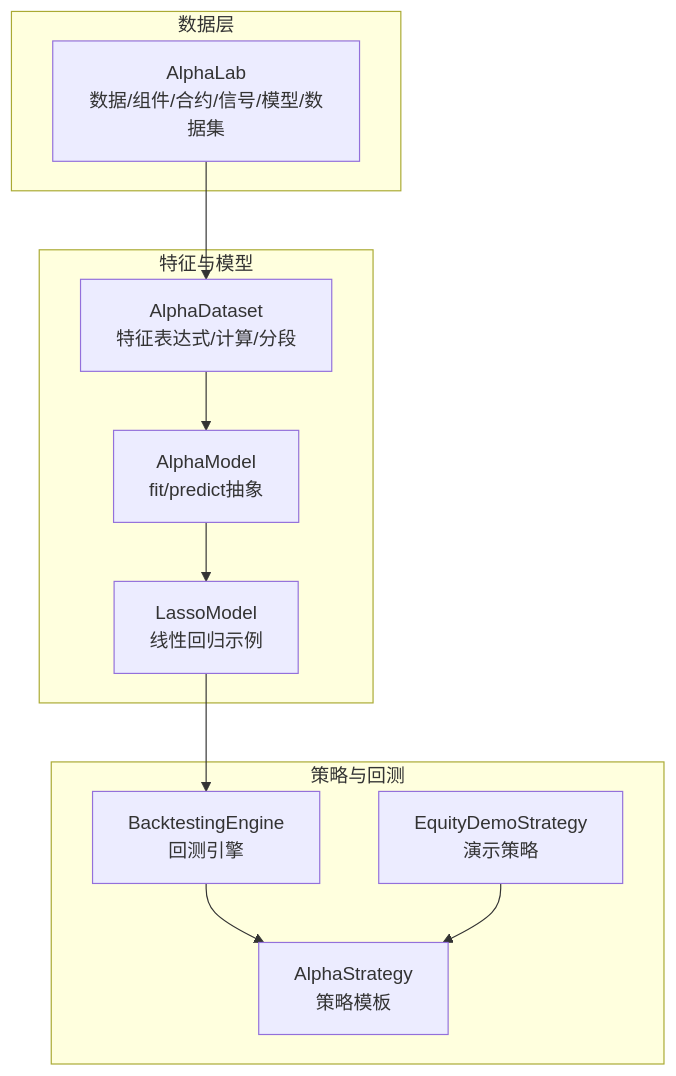
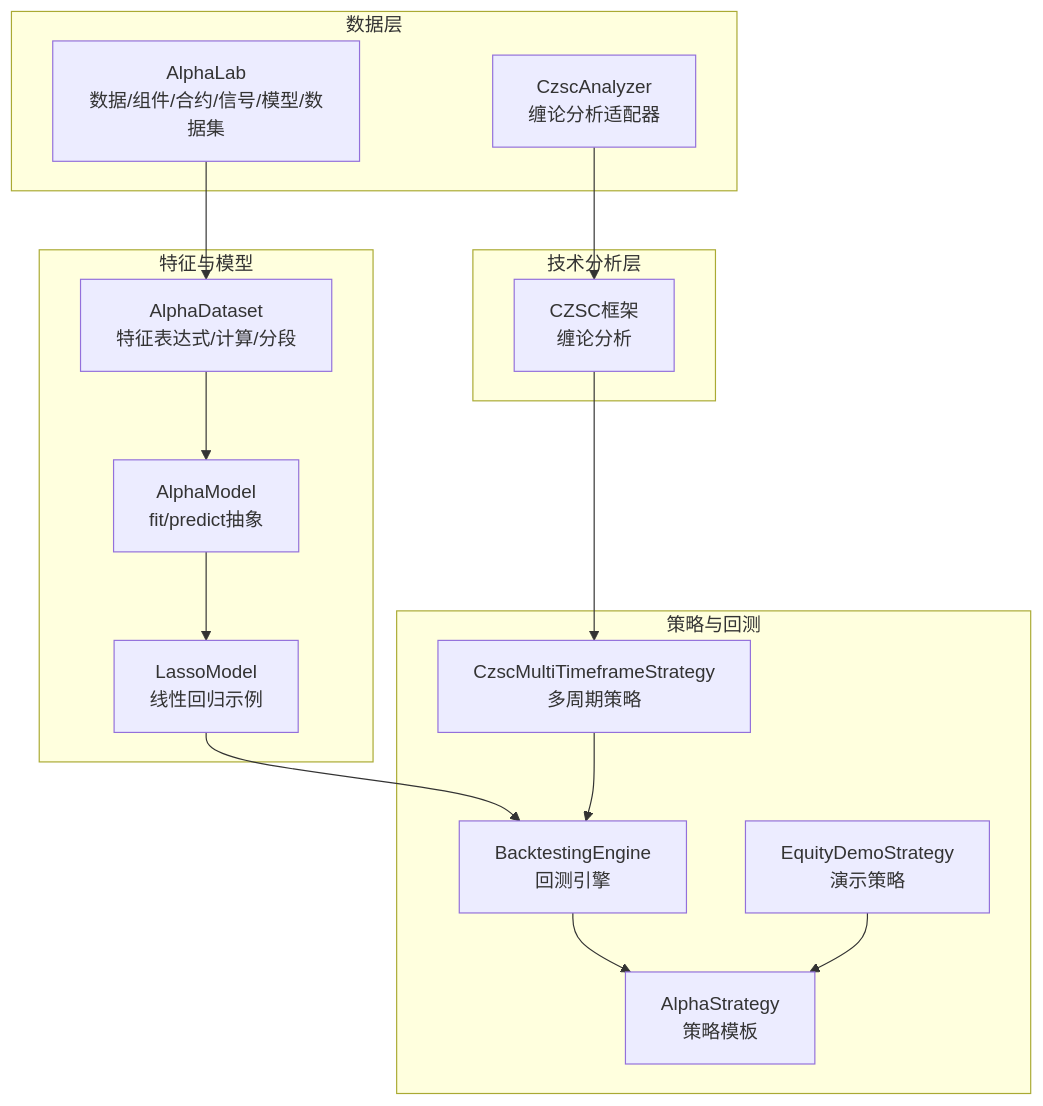
Before and after one commit to maxtwoon/vnpy: the second of 10 diagrams in .qoder/repowiki/zh/content/Alpha机器学习模块/Alpha策略模块.md, drawn with Mermaid. The commit also changed other lines of this file and 3 other files, not shown here.

````diff
--- a/.qoder/repowiki/zh/content/Alpha机器学习模块/Alpha策略模块.md
+++ b/.qoder/repowiki/zh/content/Alpha机器学习模块/Alpha策略模块.md
@@ -84,22 +97,30 @@
 ```mermaid
 graph TB
 subgraph "数据层"
 DL["AlphaLab<br/>数据/组件/合约/信号/模型/数据集"]
+CA["CzscAnalyzer<br/>缠论分析适配器"]
 end
 subgraph "特征与模型"
 AD["AlphaDataset<br/>特征表达式/计算/分段"]
 AM["AlphaModel<br/>fit/predict抽象"]
 LM["LassoModel<br/>线性回归示例"]
 end
 subgraph "策略与回测"
 AS["AlphaStrategy<br/>策略模板"]
 BE["BacktestingEngine<br/>回测引擎"]
 ED["EquityDemoStrategy<br/>演示策略"]
+CS["CzscMultiTimeframeStrategy<br/>多周期策略"]
+end
+subgraph "技术分析层"
+CZSC["CZSC框架<br/>缠论分析"]
 end
 DL --> AD
+CA --> CZSC
+CZSC --> CS
 AD --> AM
 AM --> LM
 LM --> BE
 BE --> AS
 ED --> AS
+CS --> BE
 ```
````
